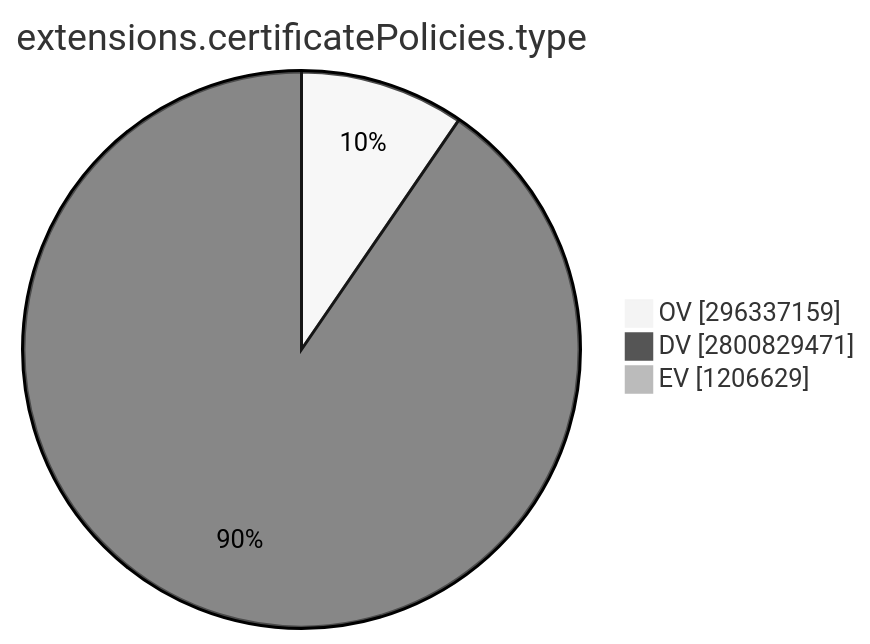
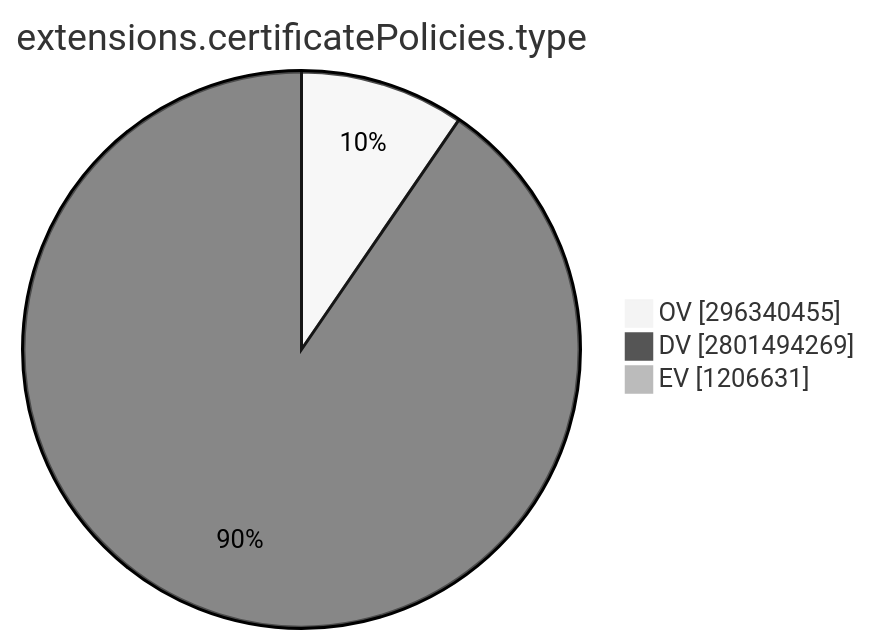
One commit to christiankrug/ctmonitor_visualization changed the ninth of 15 diagrams in TOTAL/README.md. Above: the diagram before and after it, drawn with Mermaid (neutral theme). The commit also changed other lines of this file, not shown here.

````diff
--- a/TOTAL/README.md
+++ b/TOTAL/README.md
@@ -3099,7 +3099,7 @@
 ```mermaid
 pie showData
 title extensions.certificatePolicies.type
-"OV" :296337159
-"DV" :2800829471
-"EV" :1206629
+"OV" :296340455
+"DV" :2801494269
+"EV" :1206631
 ```
````
